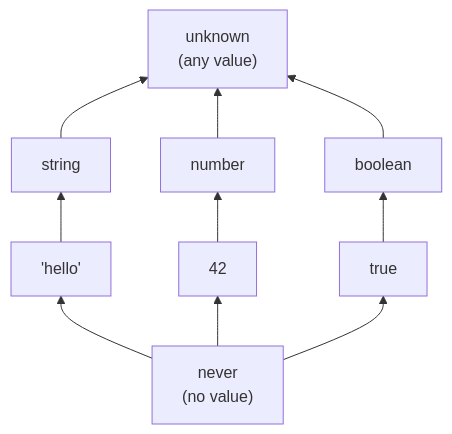
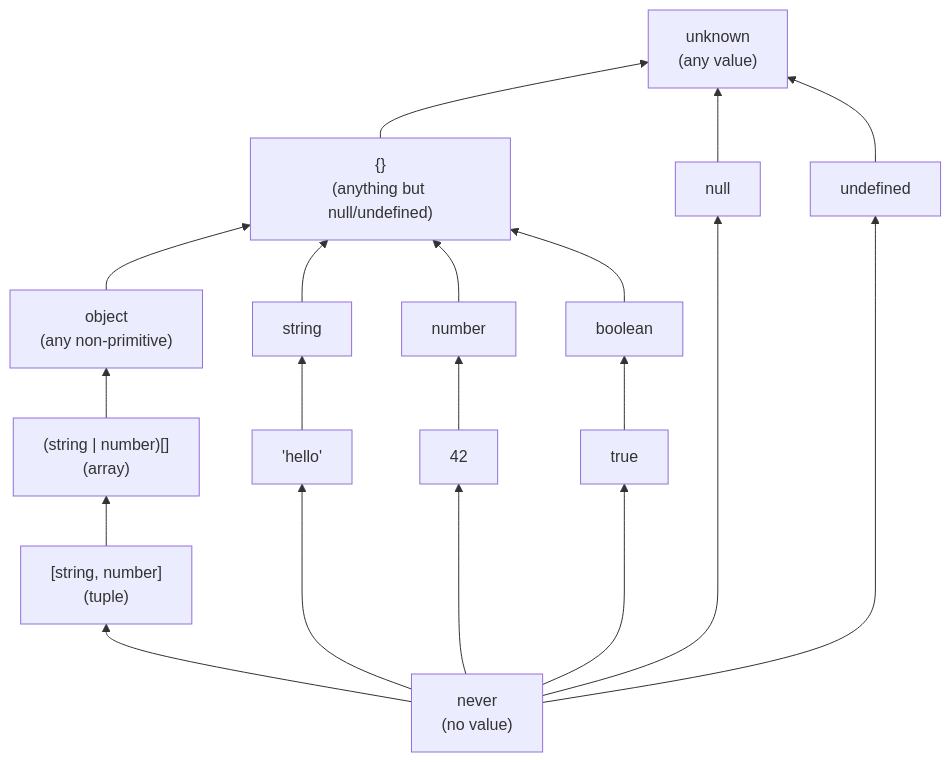
One commit to cheer-cho/LearningCourse--TypeScript--build-by-Claude-Code changed the first of 10 diagrams in 02-basics/LESSON.md. Above: the diagram before and after it, drawn with Mermaid. The commit also changed other lines of this file and 79 other files, not shown here.

````diff
--- a/02-basics/LESSON.md
+++ b/02-basics/LESSON.md
@@ -12,12 +13,21 @@
 ```mermaid
 graph BT
     N["never<br/>(no value)"] --> LS["'hello'"]
     N --> LN["42"]
     N --> LB["true"]
+    N --> NU["null"]
+    N --> UD["undefined"]
+    N --> TU["[string, number]<br/>(tuple)"]
     LS --> S["string"]
     LN --> Num["number"]
     LB --> B["boolean"]
-    S --> U["unknown<br/>(any value)"]
-    Num --> U
-    B --> U
+    TU --> ARR["(string | number)[]<br/>(array)"]
+    ARR --> OBJ["object<br/>(any non-primitive)"]
+    OBJ --> EMPTY["{}<br/>(anything but null/undefined)"]
+    S --> EMPTY
+    Num --> EMPTY
+    B --> EMPTY
+    EMPTY --> U["unknown<br/>(any value)"]
+    NU --> U
+    UD --> U
 ```
````
